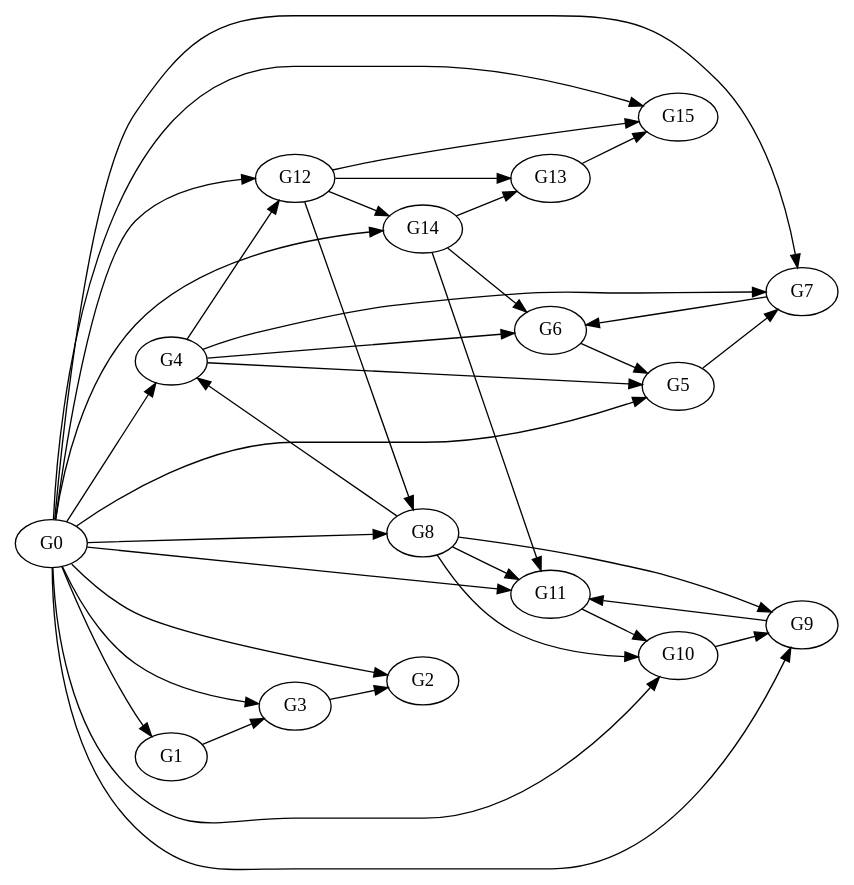
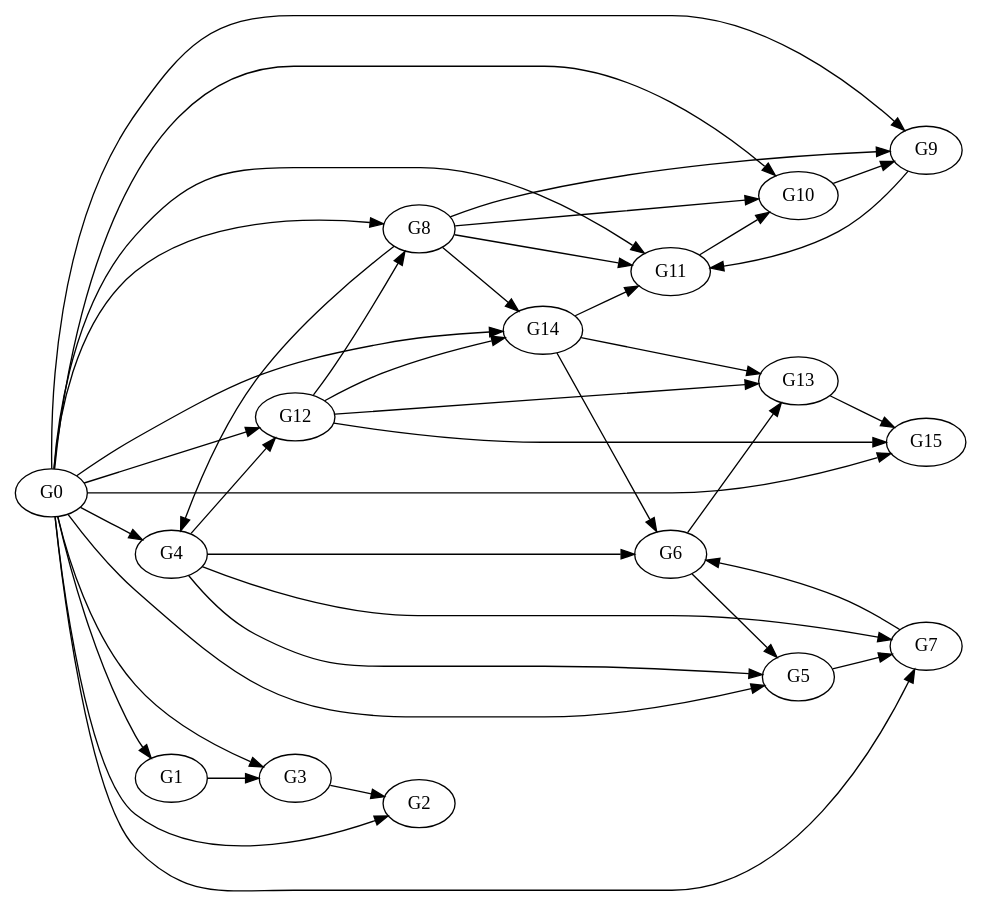
One commit to linn24/FYP changed the diagram in GeneRegulatoryNetwork_Linn/Example_DeleteEdgeTest.dot. Above: the diagram before and after it, drawn with Graphviz. The commit also changed 20 other files, not shown here.

```diff
--- a/GeneRegulatoryNetwork_Linn/Example_DeleteEdgeTest.dot
+++ b/GeneRegulatoryNetwork_Linn/Example_DeleteEdgeTest.dot
@@ -1,56 +1,58 @@
 digraph "Example_DeleteEdgeTest" {
 	rankdir=LR;
 	"G4";
 	"G15";
 	"G3";
 	"G14";
 	"G2";
 	"G13";
 	"G1";
 	"G0";
 	"G12";
 	"G11";
 	"G10";
 	"G9";
 	"G8";
 	"G7";
 	"G6";
 	"G5";
+	"G11" -> "G10";
+	"G13" -> "G15";
 	"G3" -> "G2";
+	"G0" -> "G10";
+	"G5" -> "G7";
+	"G0" -> "G5";
+	"G12" -> "G13";
+	"G0" -> "G3";
+	"G10" -> "G9";
+	"G12" -> "G8";
+	"G6" -> "G5";
+	"G12" -> "G15";
+	"G0" -> "G8";
+	"G4" -> "G12";
+	"G4" -> "G7";
+	"G7" -> "G6";
+	"G0" -> "G7";
+	"G0" -> "G11";
+	"G6" -> "G13";
+	"G0" -> "G15";
 	"G8" -> "G11";
-	"G14" -> "G6";
-	"G14" -> "G11";
-	"G0" -> "G10";
-	"G4" -> "G6";
-	"G5" -> "G7";
-	"G6" -> "G5";
 	"G4" -> "G5";
-	"G7" -> "G6";
-	"G8" -> "G4";
-	"G12" -> "G15";
-	"G11" -> "G10";
-	"G0" -> "G4";
-	"G12" -> "G8";
-	"G10" -> "G9";
-	"G1" -> "G3";
-	"G4" -> "G7";
-	"G4" -> "G12";
-	"G8" -> "G9";
 	"G0" -> "G2";
 	"G0" -> "G12";
+	"G8" -> "G9";
+	"G4" -> "G6";
+	"G1" -> "G3";
+	"G0" -> "G14";
+	"G14" -> "G13";
+	"G0" -> "G4";
+	"G14" -> "G11";
+	"G8" -> "G4";
+	"G14" -> "G6";
+	"G0" -> "G9";
+	"G0" -> "G1";
+	"G12" -> "G14";
+	"G8" -> "G10";
 	"G9" -> "G11";
-	"G12" -> "G14";
-	"G0" -> "G9";
-	"G8" -> "G10";
-	"G0" -> "G3";
-	"G12" -> "G13";
-	"G0" -> "G15";
-	"G0" -> "G11";
-	"G0" -> "G14";
-	"G0" -> "G1";
-	"G0" -> "G5";
-	"G13" -> "G15";
-	"G0" -> "G7";
-	"G0" -> "G8";
-	"G14" -> "G13";
+	"G8" -> "G14";
 }
```
